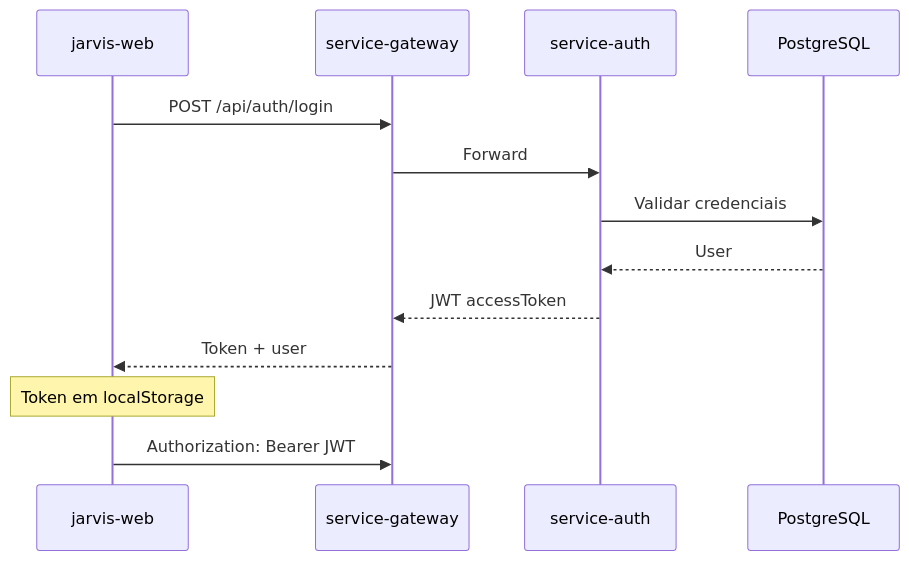
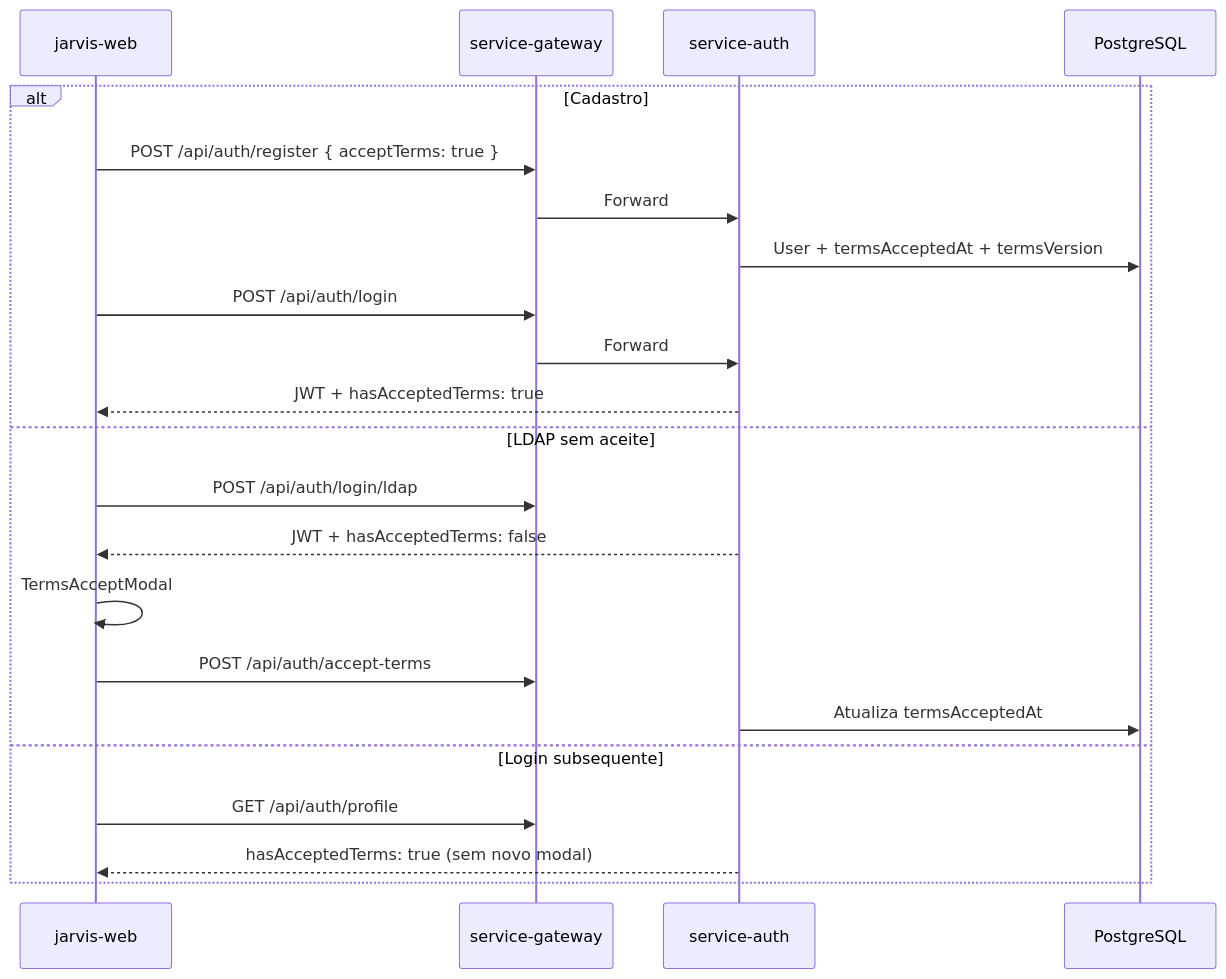
Before and after one commit to FranciscoStanley/MyJarvis: the sixth of 8 diagrams in docs/architecture.md, drawn with Mermaid. The commit also changed other lines of this file and 11 other files, not shown here.

First line of the commit message:
docs: atualiza arquitetura, API e colecoes Postman/Insomnia

````diff
--- a/docs/architecture.md
+++ b/docs/architecture.md
@@ -188,16 +188,25 @@
 ```mermaid
 sequenceDiagram
     participant W as jarvis-web
     participant G as service-gateway
     participant A as service-auth
     participant DB as PostgreSQL
 
-    W->>G: POST /api/auth/login
-    G->>A: Forward
-    A->>DB: Validar credenciais
-    DB-->>A: User
-    A-->>G: JWT accessToken
-    G-->>W: Token + user
-    Note over W: Token em localStorage
-    W->>G: Authorization: Bearer JWT
+    alt Cadastro
+        W->>G: POST /api/auth/register { acceptTerms: true }
+        G->>A: Forward
+        A->>DB: User + termsAcceptedAt + termsVersion
+        W->>G: POST /api/auth/login
+        G->>A: Forward
+        A-->>W: JWT + hasAcceptedTerms: true
+    else LDAP sem aceite
+        W->>G: POST /api/auth/login/ldap
+        A-->>W: JWT + hasAcceptedTerms: false
+        W->>W: TermsAcceptModal
+        W->>G: POST /api/auth/accept-terms
+        A->>DB: Atualiza termsAcceptedAt
+    else Login subsequente
+        W->>G: GET /api/auth/profile
+        A-->>W: hasAcceptedTerms: true (sem novo modal)
+    end
 ```
````
